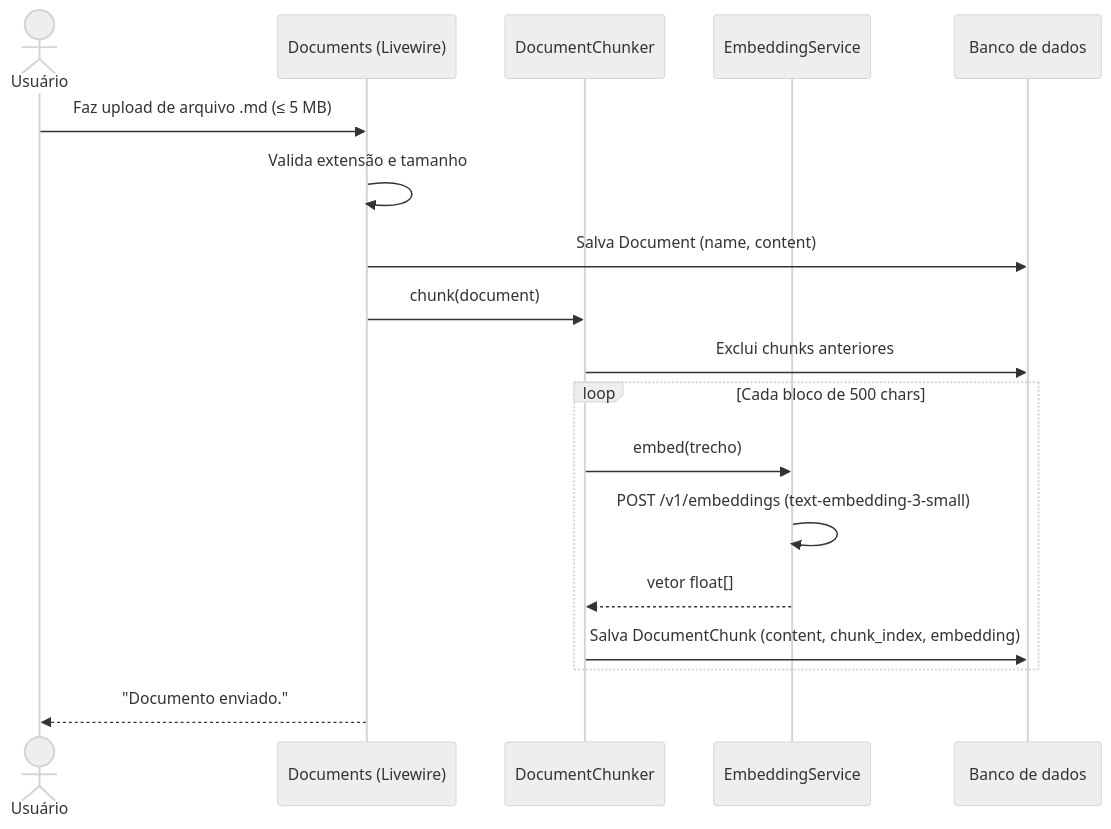
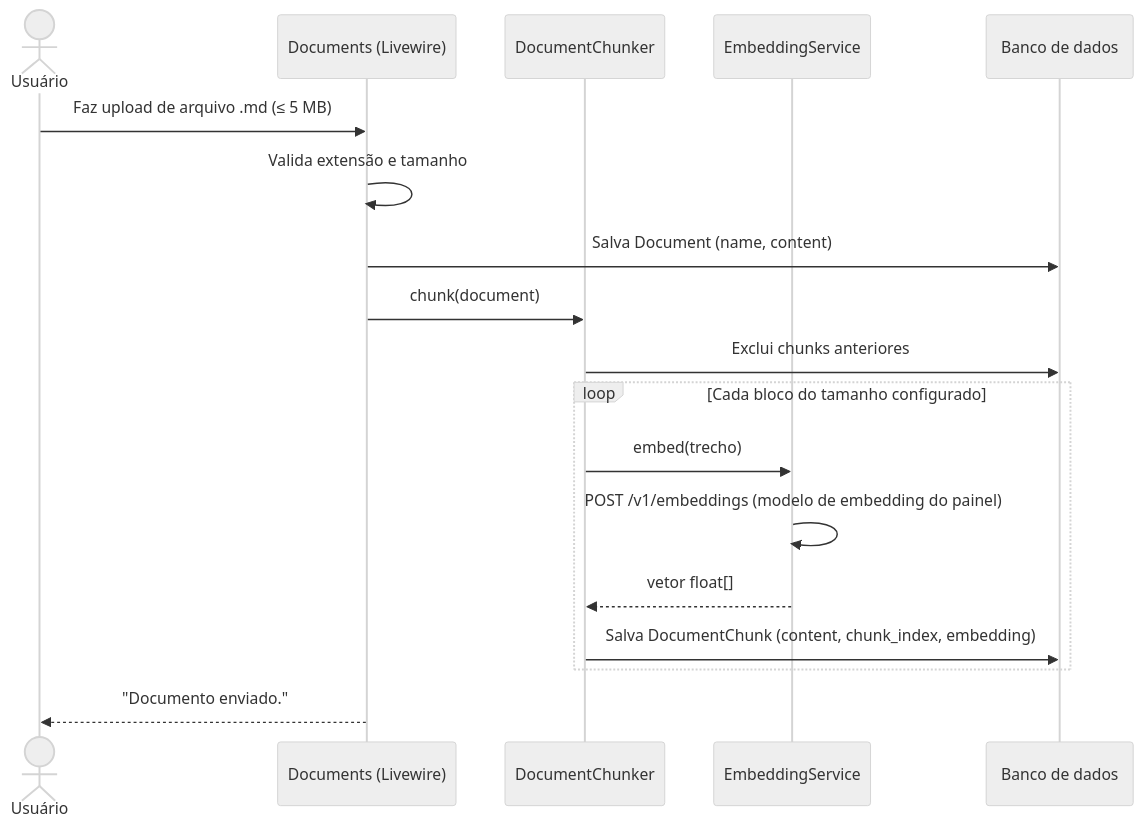
One commit to Fredrumond/pm_helper changed the first of 5 diagrams in docs/rag.md. Above: the diagram before and after it, drawn with Mermaid (neutral theme). The commit also changed other lines of this file and 16 other files, not shown here.

Commit message:
Configurar chunk, embedding e top-K no painel, para o RAG deixar os valores fixos e só aplicar chunk e embedding na próxima indexação.

````diff
--- a/docs/rag.md
+++ b/docs/rag.md
@@ -33,21 +33,21 @@
 ```mermaid
 sequenceDiagram
     actor U as Usuário
     participant D as Documents (Livewire)
     participant Ch as DocumentChunker
     participant E as EmbeddingService
     participant DB as Banco de dados
 
     U->>D: Faz upload de arquivo .md (≤ 5 MB)
     D->>D: Valida extensão e tamanho
     D->>DB: Salva Document (name, content)
     D->>Ch: chunk(document)
     Ch->>DB: Exclui chunks anteriores
-    loop Cada bloco de 500 chars
+    loop Cada bloco do tamanho configurado
         Ch->>E: embed(trecho)
-        E->>E: POST /v1/embeddings (text-embedding-3-small)
+        E->>E: POST /v1/embeddings (modelo de embedding do painel)
         E-->>Ch: vetor float[]
         Ch->>DB: Salva DocumentChunk (content, chunk_index, embedding)
     end
     D-->>U: "Documento enviado."
 ```
````
